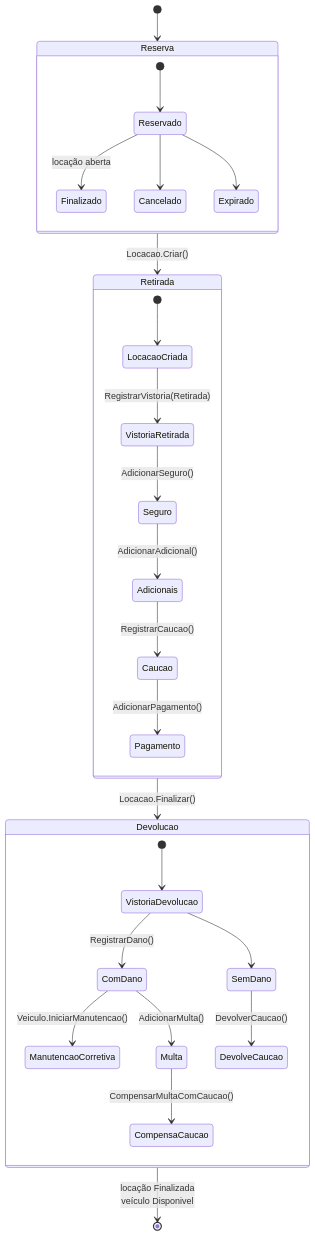
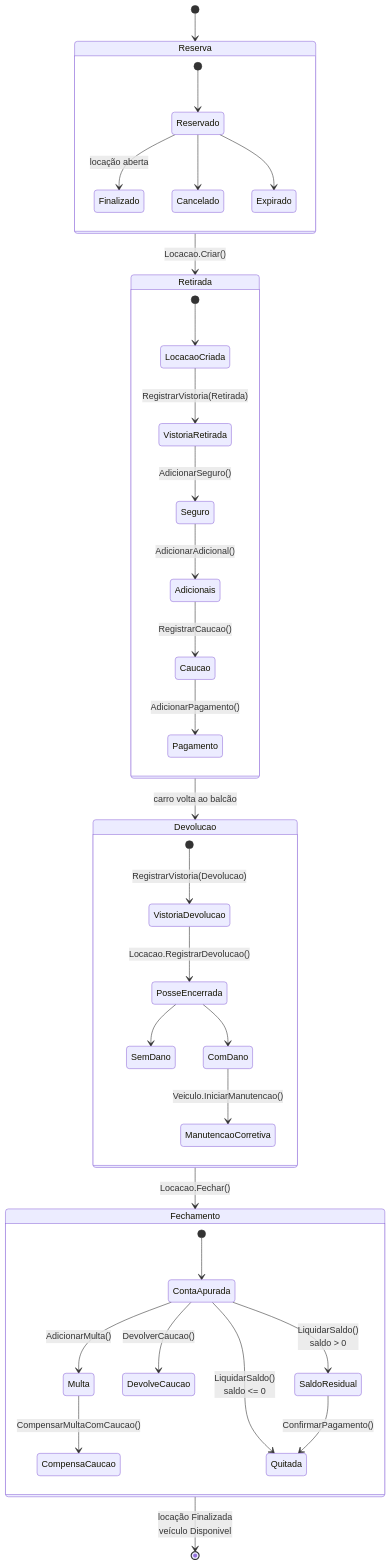
One commit to andreo210/Locadora_Auto changed diagram 12 of 12 in docs/05-maquinas-de-estado.md. Above: the diagram before and after it, drawn with Mermaid. The commit also changed other lines of this file and 13 other files, not shown here.

````diff
--- a/docs/05-maquinas-de-estado.md
+++ b/docs/05-maquinas-de-estado.md
@@ -293,38 +324,48 @@
 ```mermaid
 stateDiagram-v2
     direction TB
 
     [*] --> Reserva
 
     state Reserva {
         [*] --> Reservado
         Reservado --> Finalizado : locação aberta
         Reservado --> Cancelado
         Reservado --> Expirado
     }
 
     Reserva --> Retirada : Locacao.Criar()
 
     state Retirada {
         [*] --> LocacaoCriada
         LocacaoCriada --> VistoriaRetirada : RegistrarVistoria(Retirada)
         VistoriaRetirada --> Seguro : AdicionarSeguro()
         Seguro --> Adicionais : AdicionarAdicional()
         Adicionais --> Caucao : RegistrarCaucao()
         Caucao --> Pagamento : AdicionarPagamento()
     }
 
-    Retirada --> Devolucao : Locacao.Finalizar()
+    Retirada --> Devolucao : carro volta ao balcão
 
     state Devolucao {
-        [*] --> VistoriaDevolucao
-        VistoriaDevolucao --> SemDano
-        VistoriaDevolucao --> ComDano : RegistrarDano()
+        [*] --> VistoriaDevolucao : RegistrarVistoria(Devolucao)
+        VistoriaDevolucao --> PosseEncerrada : Locacao.RegistrarDevolucao()
+        PosseEncerrada --> SemDano
+        PosseEncerrada --> ComDano
         ComDano --> ManutencaoCorretiva : Veiculo.IniciarManutencao()
-        ComDano --> Multa : AdicionarMulta()
-        Multa --> CompensaCaucao : CompensarMultaComCaucao()
-        SemDano --> DevolveCaucao : DevolverCaucao()
     }
 
-    Devolucao --> [*] : locação Finalizada<br/>veículo Disponivel
+    Devolucao --> Fechamento : Locacao.Fechar()
+
+    state Fechamento {
+        [*] --> ContaApurada
+        ContaApurada --> Multa : AdicionarMulta()
+        Multa --> CompensaCaucao : CompensarMultaComCaucao()
+        ContaApurada --> DevolveCaucao : DevolverCaucao()
+        ContaApurada --> Quitada : LiquidarSaldo()<br/>saldo <= 0
+        ContaApurada --> SaldoResidual : LiquidarSaldo()<br/>saldo > 0
+        SaldoResidual --> Quitada : ConfirmarPagamento()
+    }
+
+    Fechamento --> [*] : locação Finalizada<br/>veículo Disponivel
 ```
````
